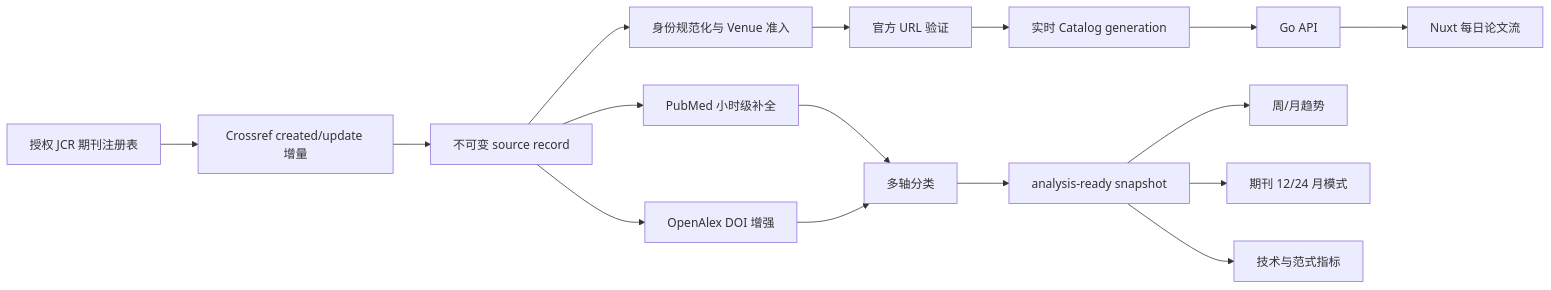
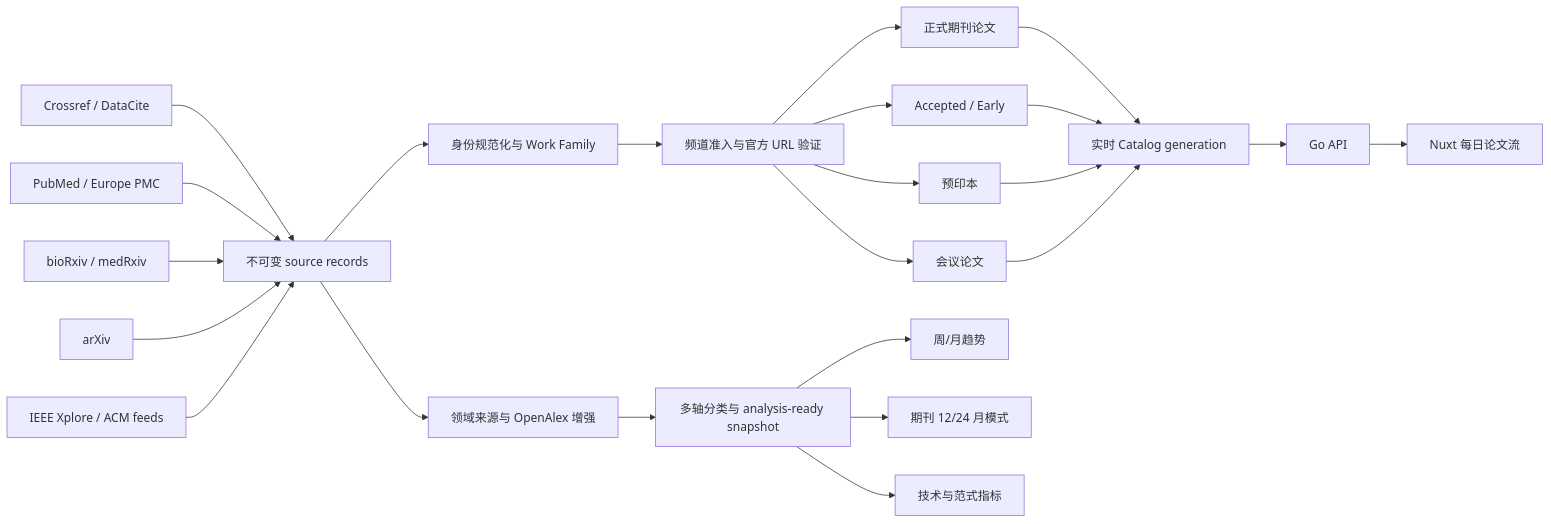
One commit to RenDeHuang/paper-research-hub changed the diagram in docs/plans/2026-07-18-medpaperhub-product-truth-design.md. Above: the diagram before and after it, drawn with Mermaid. The commit also changed other lines of this file and 1 other file, not shown here.

Commit message:
docs: freeze all-Q1 multi-source rollout

````diff
--- a/docs/plans/2026-07-18-medpaperhub-product-truth-design.md
+++ b/docs/plans/2026-07-18-medpaperhub-product-truth-design.md
@@ -132,19 +263,27 @@
 ```mermaid
 flowchart LR
-    A["授权 JCR 期刊注册表"] --> B["Crossref created/update 增量"]
-    B --> C["不可变 source record"]
-    C --> D["身份规范化与 Venue 准入"]
-    D --> E["官方 URL 验证"]
-    E --> F["实时 Catalog generation"]
+    A["Crossref / DataCite"] --> S["不可变 source records"]
+    B["PubMed / Europe PMC"] --> S
+    C["bioRxiv / medRxiv"] --> S
+    D["arXiv"] --> S
+    E["IEEE Xplore / ACM feeds"] --> S
+
+    S --> I["身份规范化与 Work Family"]
+    I --> V["频道准入与官方 URL 验证"]
+    V --> J["正式期刊论文"]
+    V --> P["Accepted / Early"]
+    V --> R["预印本"]
+    V --> Q["会议论文"]
+    J --> F["实时 Catalog generation"]
+    P --> F
+    R --> F
+    Q --> F
     F --> G["Go API"]
     G --> H["Nuxt 每日论文流"]
 
-    C --> I["PubMed 小时级补全"]
-    C --> J["OpenAlex DOI 增强"]
-    I --> K["多轴分类"]
-    J --> K
-    K --> L["analysis-ready snapshot"]
+    S --> K["领域来源与 OpenAlex 增强"]
+    K --> L["多轴分类与 analysis-ready snapshot"]
     L --> M["周/月趋势"]
     L --> N["期刊 12/24 月模式"]
     L --> O["技术与范式指标"]
 ```
````
